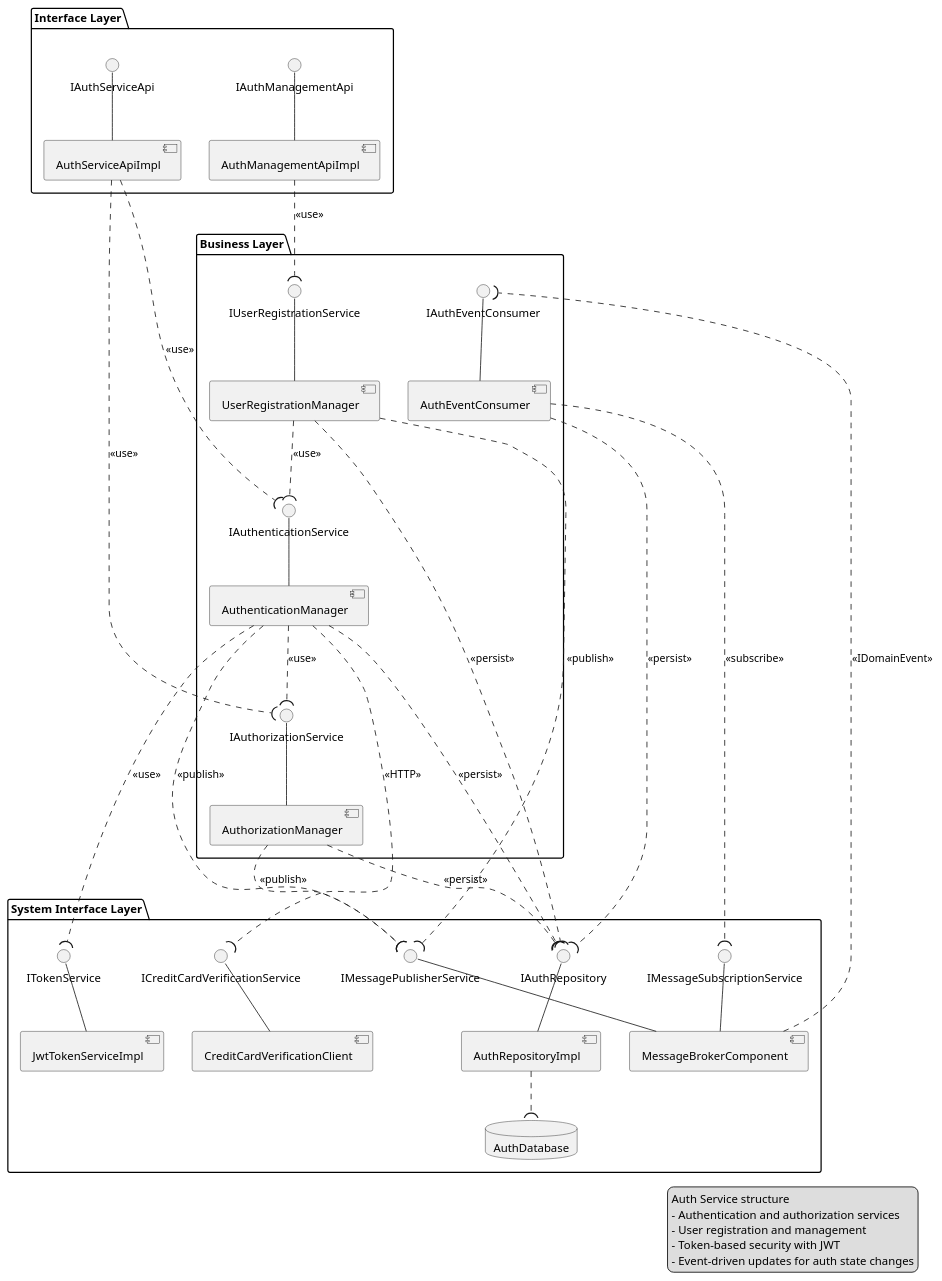
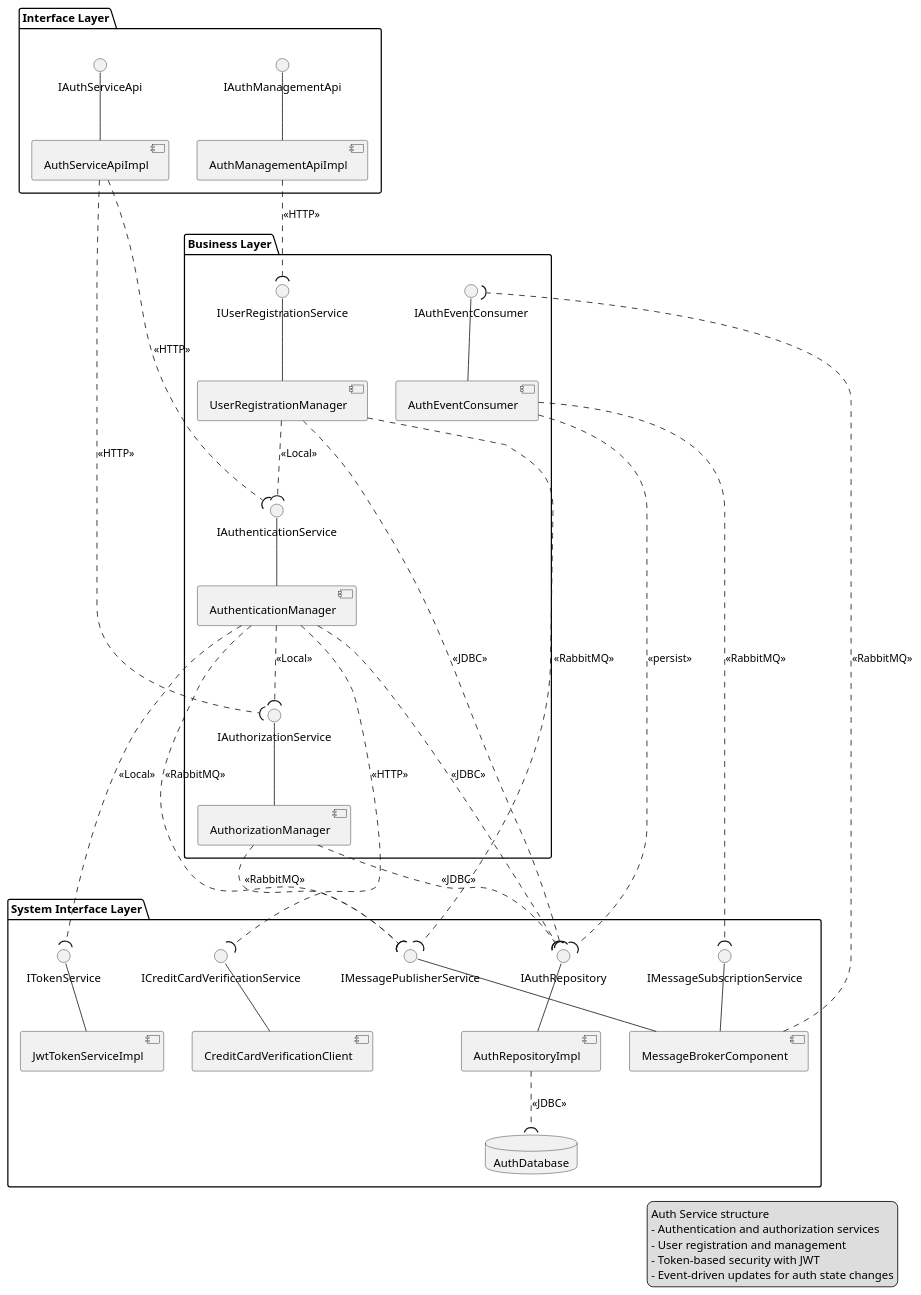
One commit to yoon2eyo/GITHUB changed the diagram in ComponentDiagram/02_AuthenticationServiceComponent.puml. Above: the diagram before and after it, drawn with PlantUML. The commit also changed 51 other files, not shown here.

```diff
--- a/ComponentDiagram/02_AuthenticationServiceComponent.puml
+++ b/ComponentDiagram/02_AuthenticationServiceComponent.puml
@@ -1,91 +1,91 @@
 @startuml AuthenticationServiceComponent
 ' AuthService_component.puml (가이드 준수)
 
 package "Interface Layer" {
   interface IAuthServiceApi
   interface IAuthManagementApi
   
   component AuthServiceApiImpl
   component AuthManagementApiImpl
   
   ' API implementations
   IAuthServiceApi -- AuthServiceApiImpl
   IAuthManagementApi -- AuthManagementApiImpl
 }
 
 package "Business Layer" {
   interface IAuthenticationService
   interface IAuthorizationService
   interface IUserRegistrationService
   interface IAuthEventConsumer
   
   component AuthenticationManager
   component AuthorizationManager
   component UserRegistrationManager
   component AuthEventConsumer
   
   ' Service implementations
   IAuthenticationService -- AuthenticationManager
   IAuthorizationService -- AuthorizationManager
   IUserRegistrationService -- UserRegistrationManager
   IAuthEventConsumer -- AuthEventConsumer
   
   ' Business layer internal relationships
-  AuthenticationManager ..( IAuthorizationService : <<use>>
-  UserRegistrationManager ..( IAuthenticationService : <<use>>
+  AuthenticationManager ..( IAuthorizationService : <<Local>>
+  UserRegistrationManager ..( IAuthenticationService : <<Local>>
 }
 
 package "System Interface Layer" {
   interface IAuthRepository
   interface IMessagePublisherService
   interface IMessageSubscriptionService
   interface ITokenService
   interface ICreditCardVerificationService
   
   component AuthRepositoryImpl
   component MessageBrokerComponent
   component JwtTokenServiceImpl
   component CreditCardVerificationClient
   database AuthDatabase
   
   ' System interface implementations
   IAuthRepository -- AuthRepositoryImpl
   IMessagePublisherService -- MessageBrokerComponent
   IMessageSubscriptionService -- MessageBrokerComponent
   ITokenService -- JwtTokenServiceImpl
   ICreditCardVerificationService -- CreditCardVerificationClient
   
   ' System dependencies
-  AuthRepositoryImpl ..( AuthDatabase
-  MessageBrokerComponent ..( IAuthEventConsumer : <<IDomainEvent>>
+  AuthRepositoryImpl ..( AuthDatabase : <<JDBC>>
+  MessageBrokerComponent ..( IAuthEventConsumer : <<RabbitMQ>>
 }
 
 ' 패키지 외부 연결
 ' Interface Layer -> Business Layer
-AuthServiceApiImpl ..( IAuthenticationService : <<use>>
-AuthServiceApiImpl ..( IAuthorizationService : <<use>>
-AuthManagementApiImpl ..( IUserRegistrationService : <<use>>
+AuthServiceApiImpl ..( IAuthenticationService : <<HTTP>>
+AuthServiceApiImpl ..( IAuthorizationService : <<HTTP>>
+AuthManagementApiImpl ..( IUserRegistrationService : <<HTTP>>
 
 ' Business Layer -> Message Broker 연결
-AuthenticationManager ..( IMessagePublisherService : <<publish>>
-AuthorizationManager ..( IMessagePublisherService : <<publish>>
-UserRegistrationManager ..( IMessagePublisherService : <<publish>>
-AuthEventConsumer ..( IMessageSubscriptionService : <<subscribe>>
+AuthenticationManager ..( IMessagePublisherService : <<RabbitMQ>>
+AuthorizationManager ..( IMessagePublisherService : <<RabbitMQ>>
+UserRegistrationManager ..( IMessagePublisherService : <<RabbitMQ>>
+AuthEventConsumer ..( IMessageSubscriptionService : <<RabbitMQ>>
 
 ' Business Layer -> System Interface Layer
-AuthenticationManager ..( IAuthRepository : <<persist>>
-AuthenticationManager ..( ITokenService : <<use>>
+AuthenticationManager ..( IAuthRepository : <<JDBC>>
+AuthenticationManager ..( ITokenService : <<Local>>
 AuthenticationManager ..( ICreditCardVerificationService : <<HTTP>>
-AuthorizationManager ..( IAuthRepository : <<persist>>
-UserRegistrationManager ..( IAuthRepository : <<persist>>
+AuthorizationManager ..( IAuthRepository : <<JDBC>>
+UserRegistrationManager ..( IAuthRepository : <<JDBC>>
 AuthEventConsumer ..( IAuthRepository : <<persist>>
 
 legend right
   Auth Service structure
   - Authentication and authorization services
   - User registration and management
   - Token-based security with JWT
   - Event-driven updates for auth state changes
 end legend
 
 @enduml
```
